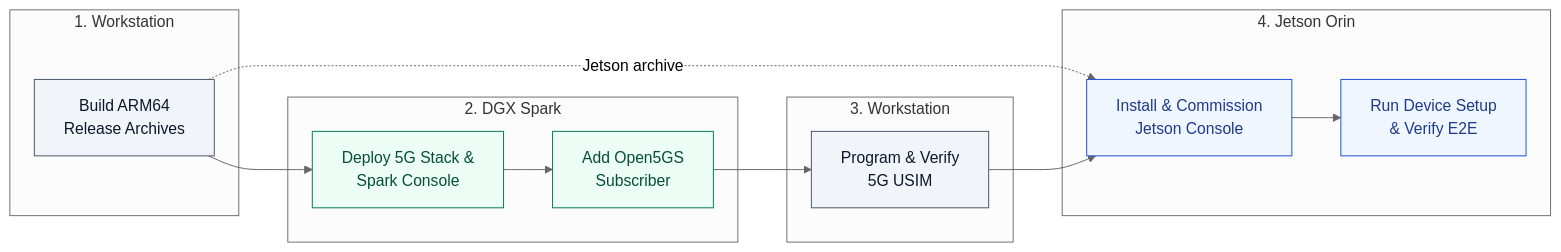
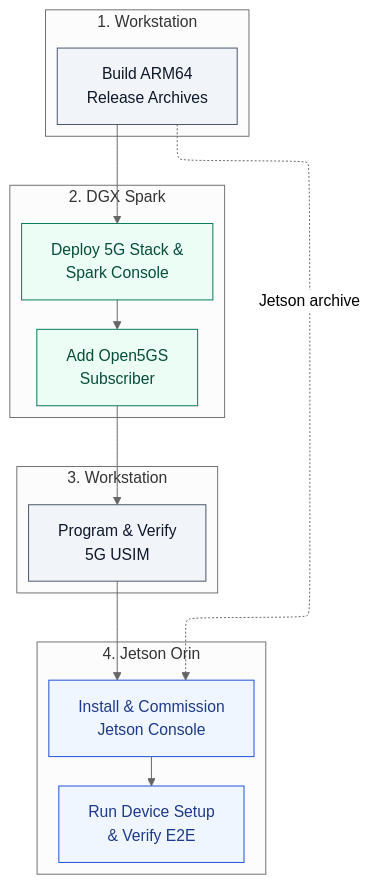
Before and after one commit to HKUOpenSource/OpenAirKit: the diagram in docs/quickstart.md, drawn with Mermaid (neutral theme). The commit also changed 5 other files, not shown here.

Commit message:
docs: switch layered Mermaid diagrams to vertical TB with ELK layout

````diff
--- a/docs/quickstart.md
+++ b/docs/quickstart.md
@@ -11,30 +11,38 @@
 ```mermaid
-flowchart LR
+---
+config:
+  layout: elk
+---
+flowchart TB
   classDef ws fill:#f1f5f9,stroke:#475569,color:#0f172a
   classDef spark fill:#ecfdf5,stroke:#047857,color:#064e3b
   classDef jetson fill:#eff6ff,stroke:#1d4ed8,color:#1e3a8a
 
   subgraph WS1["1. Workstation"]
+    direction LR
     S0["Build ARM64<br/>Release Archives"]:::ws
   end
 
   subgraph SPARK["2. DGX Spark"]
+    direction LR
     S1["Deploy 5G Stack &<br/>Spark Console"]:::spark
     S2A["Add Open5GS<br/>Subscriber"]:::spark
     S1 --> S2A
   end
 
   subgraph WS2["3. Workstation"]
+    direction LR
     S2B["Program & Verify<br/>5G USIM"]:::ws
   end
 
   subgraph JETSON["4. Jetson Orin"]
+    direction LR
     S3["Install & Commission<br/>Jetson Console"]:::jetson
     S4["Run Device Setup<br/>& Verify E2E"]:::jetson
     S3 --> S4
   end
 
   S0 --> S1
   S0 -. "Jetson archive" .-> S3
   S2A --> S2B --> S3
 ```
````
